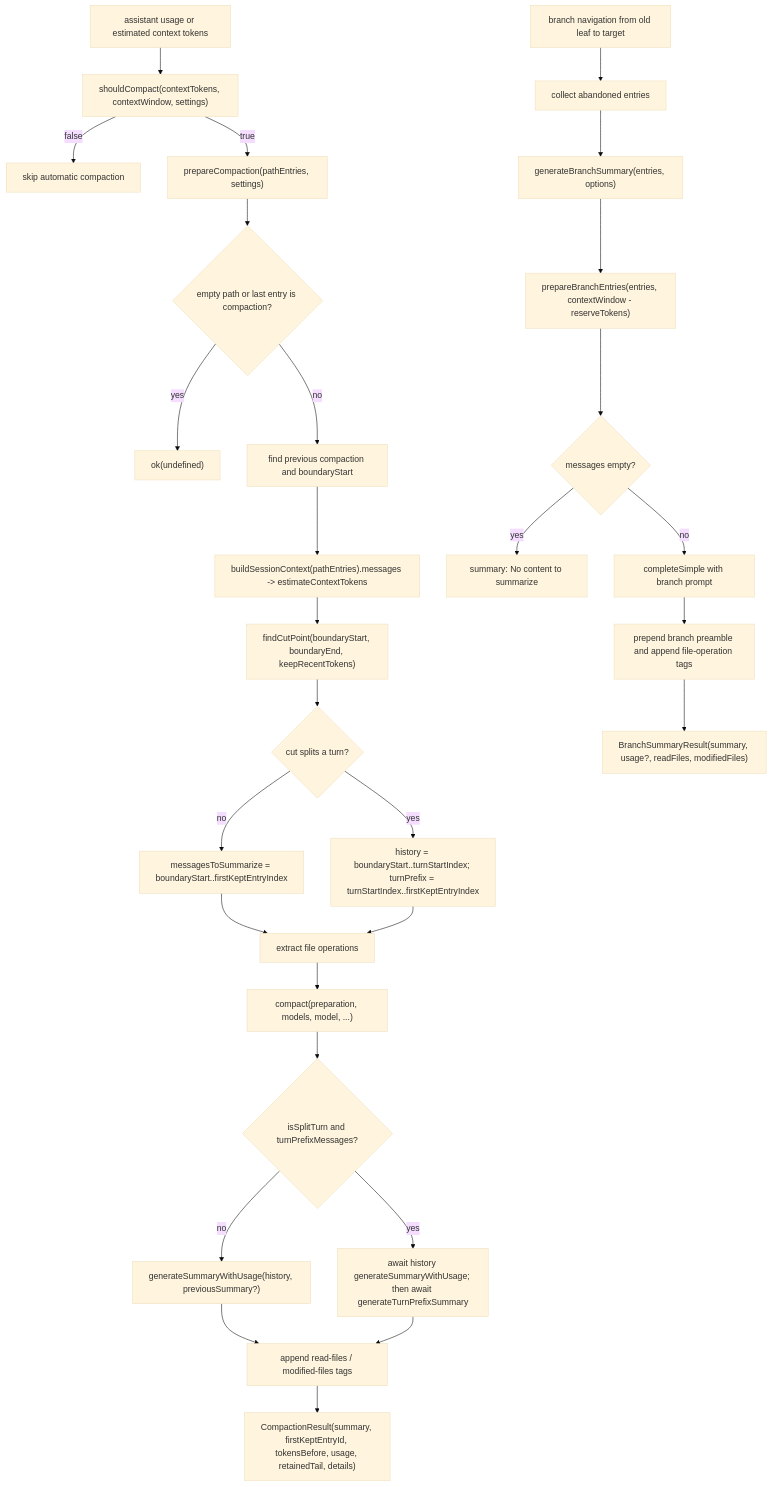
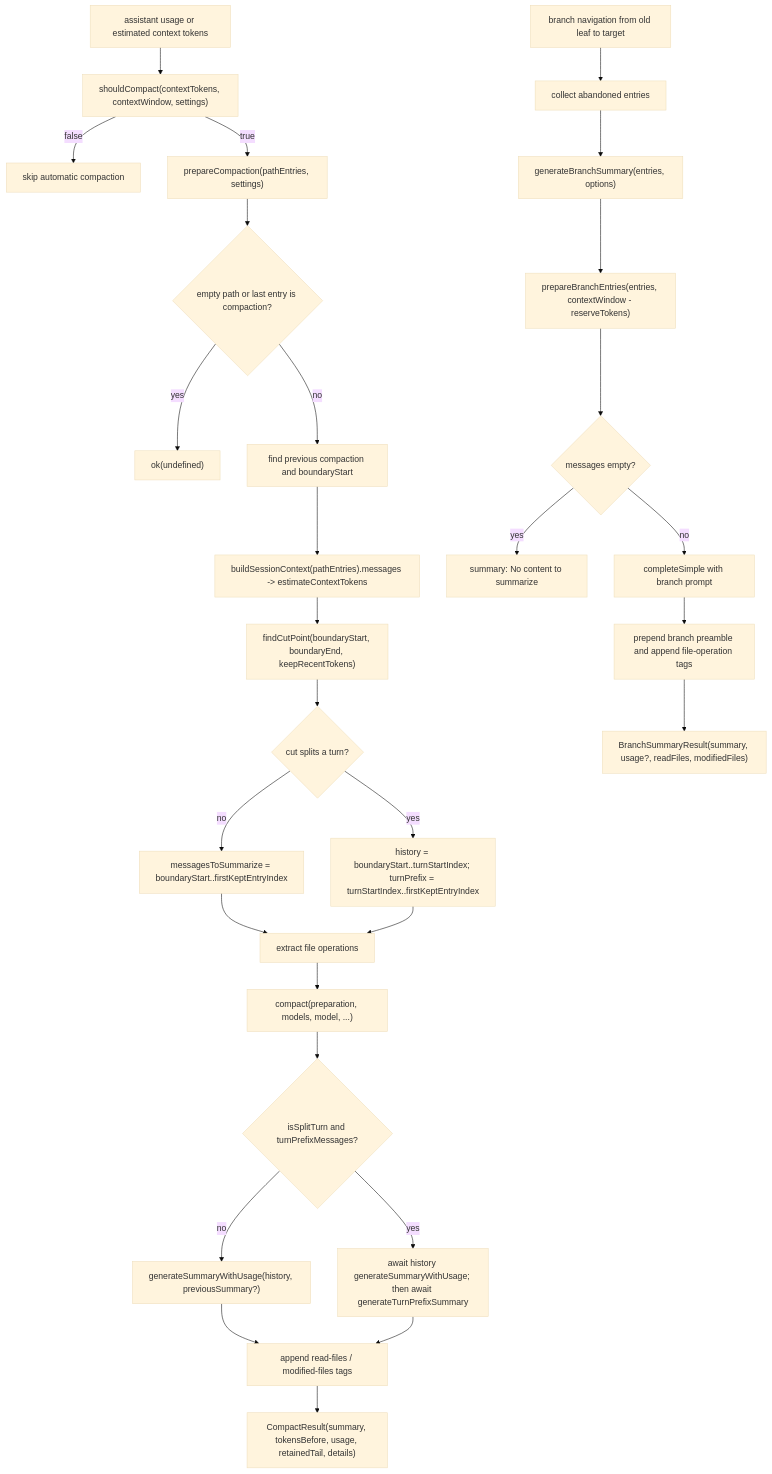
The diagram in docs/llm-wiki/pi/spine/compaction-flow.md (wdnmdtonyma/SOTA-Agent-LLM-Wiki), drawn with Mermaid (base theme) before and after one commit. The commit also changed other lines of this file and 112 other files, not shown here.

````diff
--- a/docs/llm-wiki/pi/spine/compaction-flow.md
+++ b/docs/llm-wiki/pi/spine/compaction-flow.md
@@ -28,32 +28,32 @@
 ```mermaid
 flowchart TD
   Usage["assistant usage or estimated context tokens"] --> Gate["shouldCompact(contextTokens, contextWindow, settings)"]
   Gate -->|false| Noop["skip automatic compaction"]
   Gate -->|true| Prep["prepareCompaction(pathEntries, settings)"]
   Prep --> Empty{"empty path or last entry is compaction?"}
   Empty -->|yes| NoPrep["ok(undefined)"]
   Empty -->|no| Prev["find previous compaction and boundaryStart"]
   Prev --> Estimate["buildSessionContext(pathEntries).messages -> estimateContextTokens"]
   Estimate --> Cut["findCutPoint(boundaryStart, boundaryEnd, keepRecentTokens)"]
   Cut --> Split{"cut splits a turn?"}
   Split -->|no| Hist["messagesToSummarize = boundaryStart..firstKeptEntryIndex"]
   Split -->|yes| HistSplit["history = boundaryStart..turnStartIndex; turnPrefix = turnStartIndex..firstKeptEntryIndex"]
   Hist --> Ops["extract file operations"]
   HistSplit --> Ops
   Ops --> Compact["compact(preparation, models, model, ...)"]
   Compact --> SplitRun{"isSplitTurn and turnPrefixMessages?"}
   SplitRun -->|no| Gen["generateSummaryWithUsage(history, previousSummary?)"]
   SplitRun -->|yes| Dual["await history generateSummaryWithUsage; then await generateTurnPrefixSummary"]
   Gen --> Files["append read-files / modified-files tags"]
   Dual --> Files
-  Files --> Result["CompactionResult(summary, firstKeptEntryId, tokensBefore, usage, retainedTail, details)"]
+  Files --> Result["CompactResult(summary, tokensBefore, usage, retainedTail, details)"]
 
   BranchNav["branch navigation from old leaf to target"] --> Collect["collect abandoned entries"]
   Collect --> BranchGen["generateBranchSummary(entries, options)"]
   BranchGen --> BranchPrep["prepareBranchEntries(entries, contextWindow - reserveTokens)"]
   BranchPrep --> BranchEmpty{"messages empty?"}
   BranchEmpty -->|yes| BranchNoop["summary: No content to summarize"]
   BranchEmpty -->|no| BranchLLM["completeSimple with branch prompt"]
   BranchLLM --> BranchFiles["prepend branch preamble and append file-operation tags"]
   BranchFiles --> BranchResult["BranchSummaryResult(summary, usage?, readFiles, modifiedFiles)"]
 ```
````
